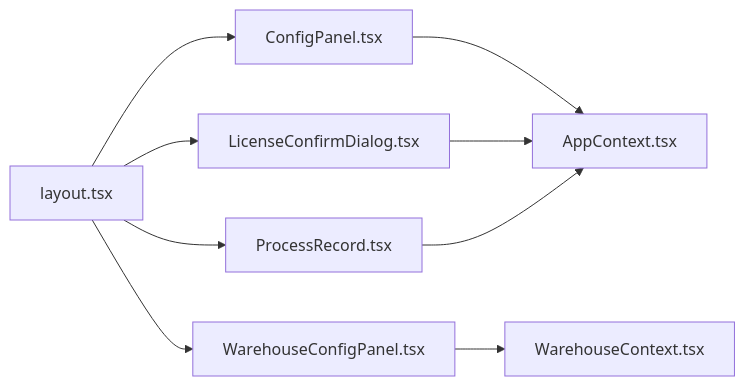
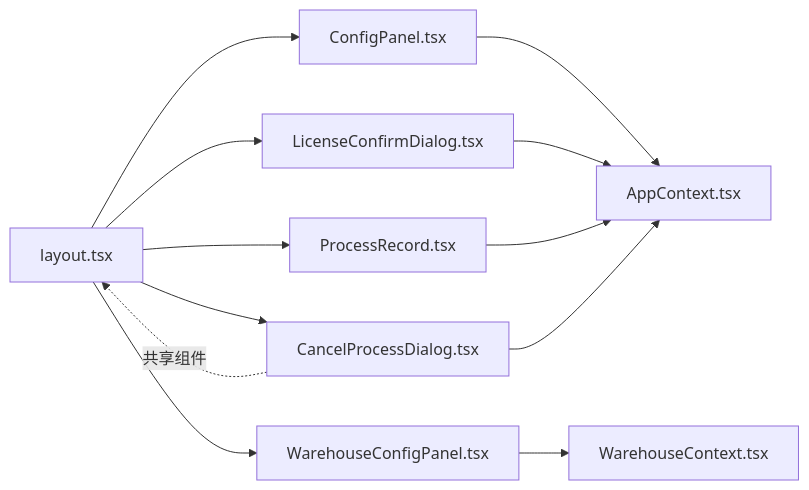
One commit to chinak/permission_apply changed the eighth of 8 diagrams in .qoder/repowiki/zh/content/UI组件库/业务组件.md. Above: the diagram before and after it, drawn with Mermaid. The commit also changed other lines of this file and 43 other files, not shown here.

````diff
--- a/.qoder/repowiki/zh/content/UI组件库/业务组件.md
+++ b/.qoder/repowiki/zh/content/UI组件库/业务组件.md
@@ -286,11 +354,14 @@
 ```mermaid
 graph LR
 L["layout.tsx"] --> CP["ConfigPanel.tsx"]
 L --> LCD["LicenseConfirmDialog.tsx"]
 L --> PRC["ProcessRecord.tsx"]
 L --> WCP["WarehouseConfigPanel.tsx"]
+L --> CPD["CancelProcessDialog.tsx"]
 CP --> APPCTX["AppContext.tsx"]
 LCD --> APPCTX
 PRC --> APPCTX
 WCP --> WCTX["WarehouseContext.tsx"]
+CPD --> APPCTX
+CPD -. 共享组件 .-> L
 ```
````
